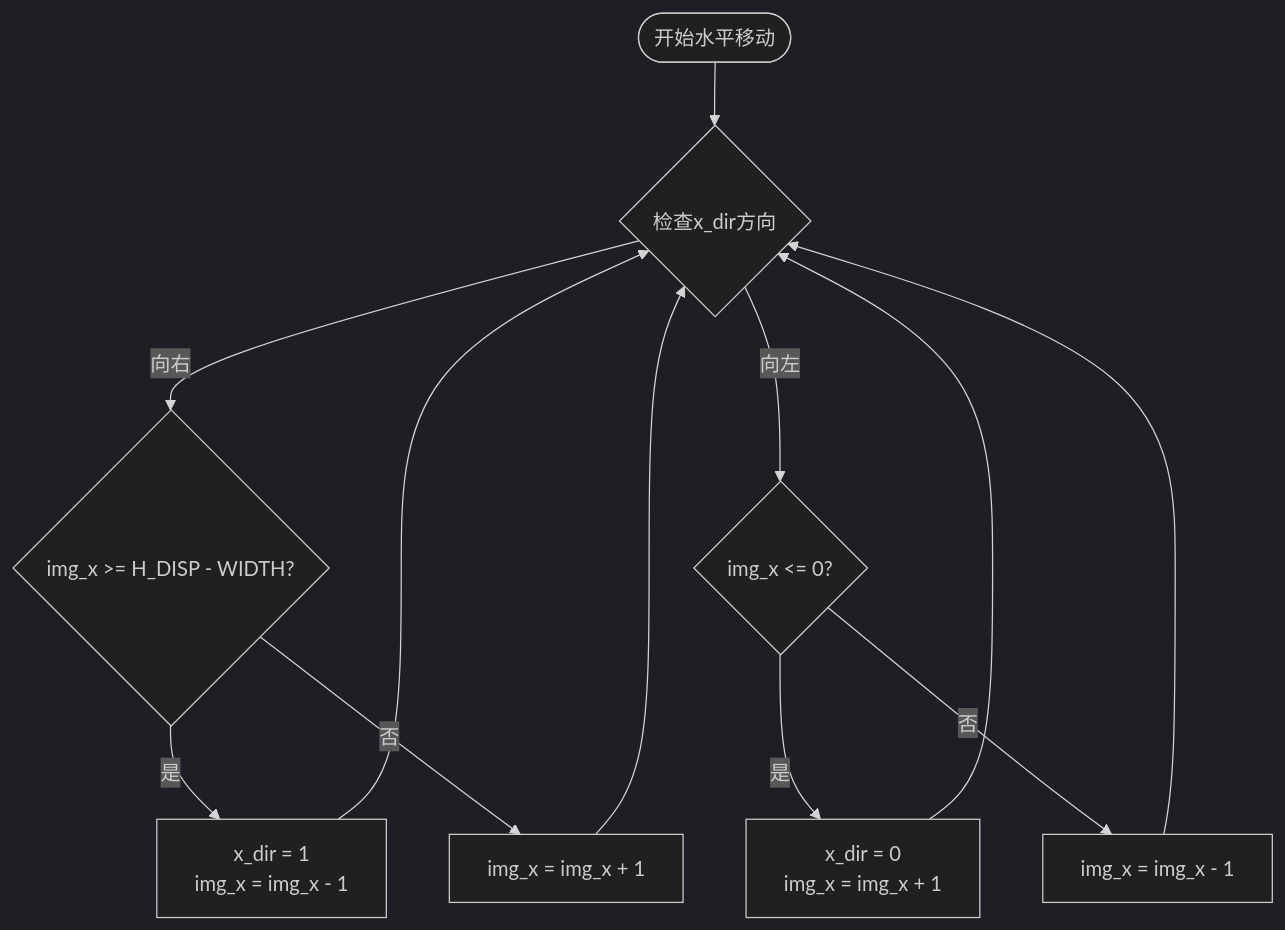
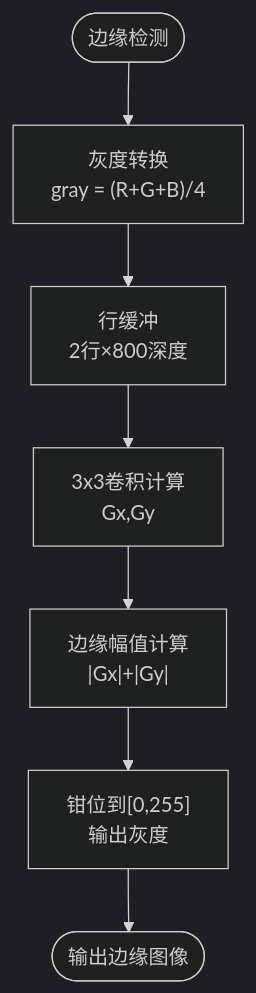
The seventh of 16 diagrams in .qoder/repowiki/zh/content/运动控制.md (soupherexd/LCD_ROM_PIC), drawn with Mermaid (dark theme) before and after one commit. The commit also changed other lines of this file and 5 other files, not shown here.

````diff
--- a/.qoder/repowiki/zh/content/运动控制.md
+++ b/.qoder/repowiki/zh/content/运动控制.md
@@ -212,14 +261,9 @@
 ```mermaid
 flowchart TD
-Start([开始水平移动]) --> CheckDirection{"检查x_dir方向"}
-CheckDirection --> |向右| CheckRight{"img_x >= H_DISP - WIDTH?"}
-CheckDirection --> |向左| CheckLeft{"img_x <= 0?"}
-CheckRight --> |是| ReverseRight["x_dir = 1<br/>img_x = img_x - 1"]
-CheckRight --> |否| MoveRight["img_x = img_x + 1"]
-CheckLeft --> |是| ReverseLeft["x_dir = 0<br/>img_x = img_x + 1"]
-CheckLeft --> |否| MoveLeft["img_x = img_x - 1"]
-MoveRight --> CheckDirection
-MoveLeft --> CheckDirection
-ReverseRight --> CheckDirection
-ReverseLeft --> CheckDirection
+Start([边缘检测]) --> GrayConvert["灰度转换<br/>gray = (R+G+B)/4"]
+GrayConvert --> LineBuffer["行缓冲<br/>2行×800深度"]
+LineBuffer --> Convolution["3x3卷积计算<br/>Gx,Gy"]
+Convolution --> EdgeMag["边缘幅值计算<br/>|Gx|+|Gy|"]
+EdgeMag --> Clamp["钳位到[0,255]<br/>输出灰度"]
+Clamp --> Output([输出边缘图像])
 ```
````
